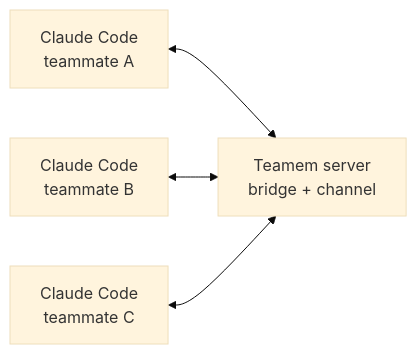
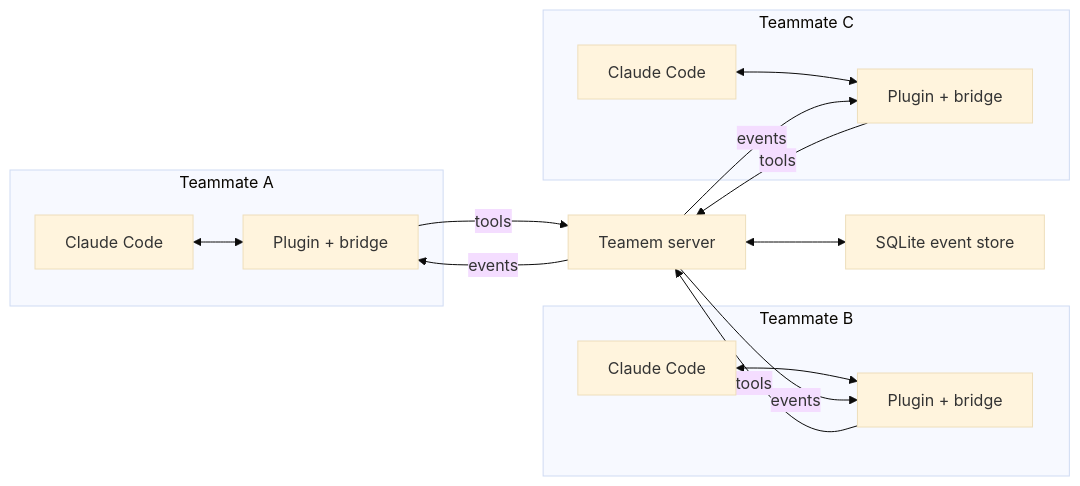
One commit to RubiYH/teamem changed the diagram in README.md. Above: the diagram before and after it, drawn with Mermaid (base theme).

Commit message:
docs(readme): prevent bridge ownership confusion
Clarify that bridges and plugin delivery surfaces live on each teammate machine while the shared Teamem server owns HTTP tools, events, and persistence.

Constraint: README architecture needs key labels only, not a full component map.

Rejected: Labeling the server as bridge plus channel | bridge and channel runtimes are local/plugin-side surfaces.

Confidence: high

Scope-risk: narrow

Directive: Keep README architecture diagrams focused on client-local runtime versus shared server responsibilities.

Tested: bun run format:check README.md

Not-tested: Mermaid rendering in GitHub UI.

````diff
--- a/README.md
+++ b/README.md
@@ -88,6 +88,22 @@
 ```mermaid
 flowchart LR
-  A["Claude Code<br/>teammate A"] <--> S["Teamem server<br/>bridge + channel"]
-  B["Claude Code<br/>teammate B"] <--> S
-  C["Claude Code<br/>teammate C"] <--> S
+  subgraph TA["Teammate A"]
+    A["Claude Code"] <--> PA["Plugin + bridge"]
+  end
+
+  subgraph TB["Teammate B"]
+    B["Claude Code"] <--> PB["Plugin + bridge"]
+  end
+
+  subgraph TC["Teammate C"]
+    C["Claude Code"] <--> PC["Plugin + bridge"]
+  end
+
+  PA -- tools --> S["Teamem server"]
+  PB -- tools --> S
+  PC -- tools --> S
+  S -- events --> PA
+  S -- events --> PB
+  S -- events --> PC
+  S <--> DB["SQLite event store"]
 ```
````
